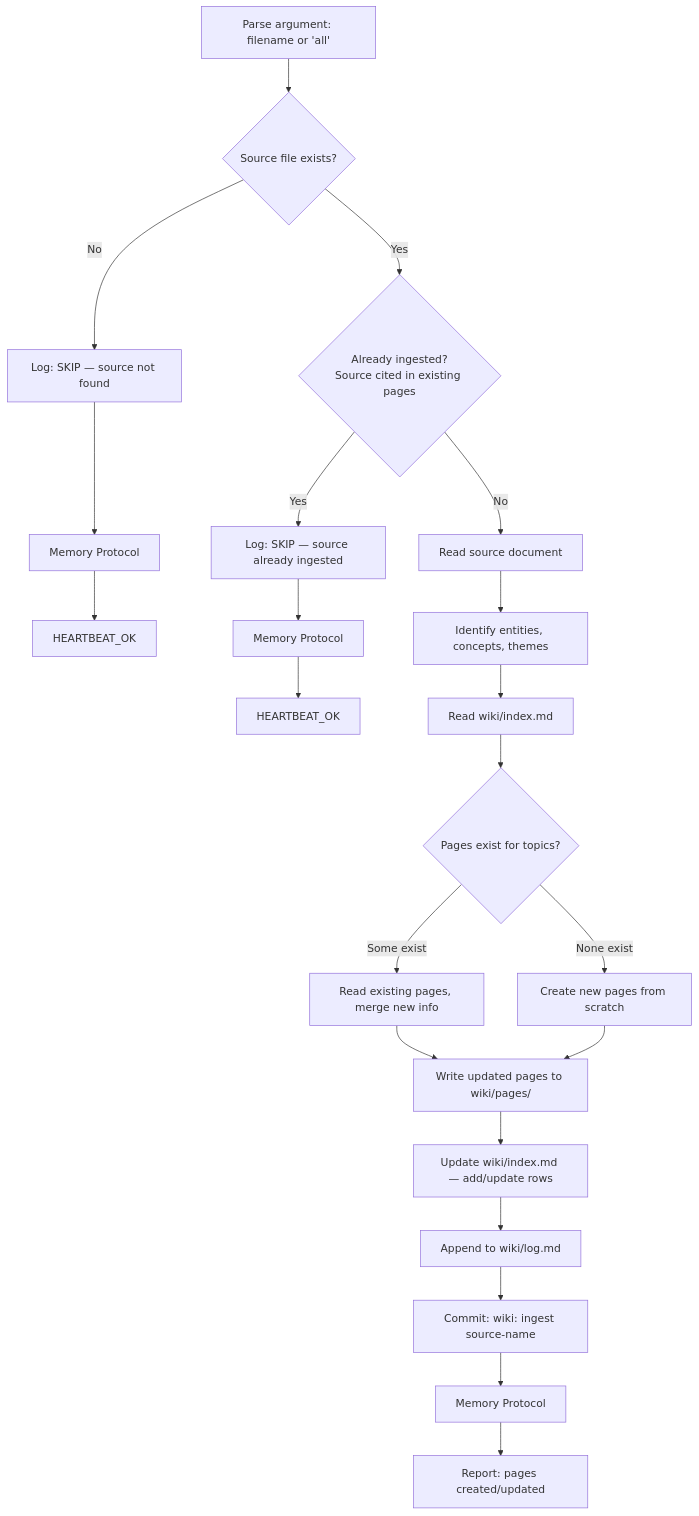
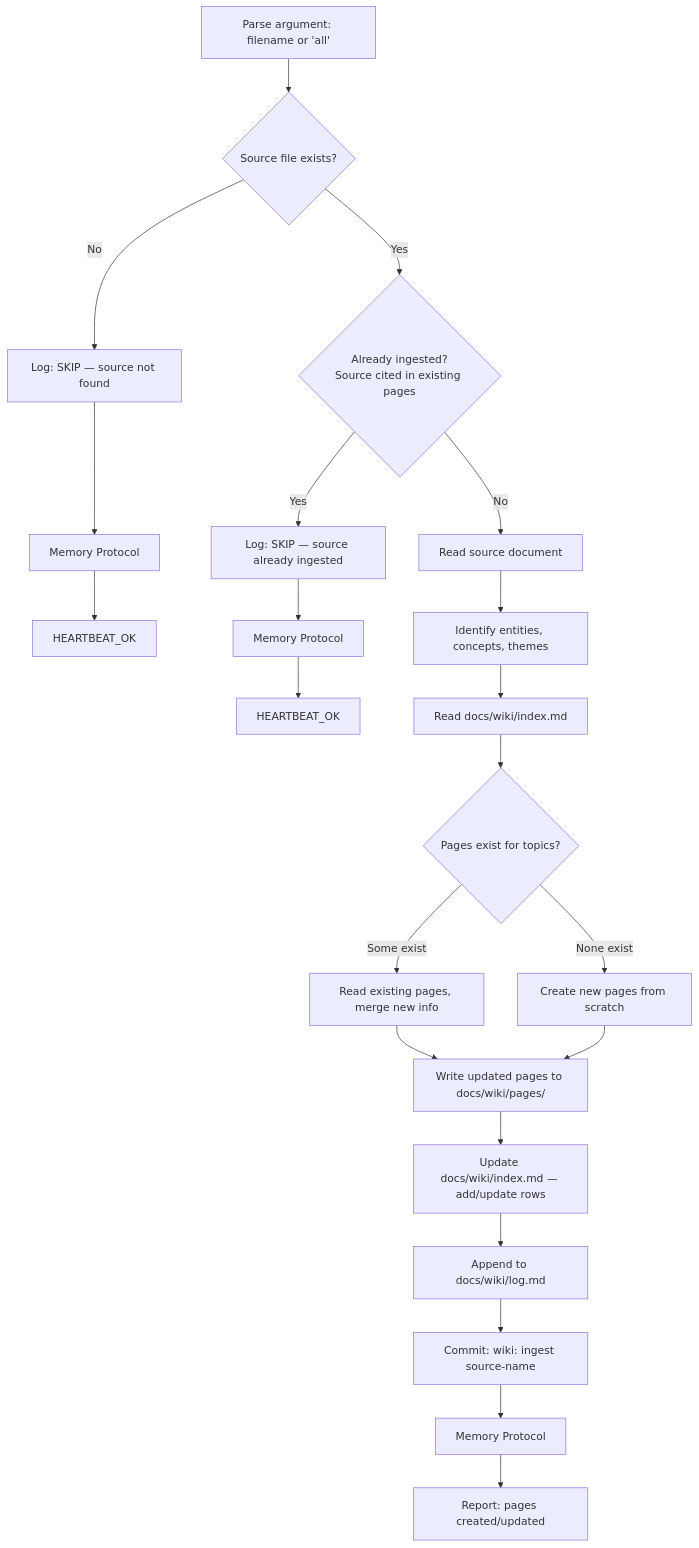
The diagram in workspace/.claude/skills/wiki-ingest/SKILL.md (ryaneggz/open-harness), drawn with Mermaid before and after one commit. The commit also changed other lines of this file and 188 other files, not shown here.

````diff
--- a/workspace/.claude/skills/wiki-ingest/SKILL.md
+++ b/workspace/.claude/skills/wiki-ingest/SKILL.md
@@ -20,28 +20,28 @@
 ```mermaid
 flowchart TD
     A["Parse argument: filename or 'all'"] --> B{Source file exists?}
     B -->|No| SKIP["Log: SKIP — source not found"]
     SKIP --> MEM_SKIP[Memory Protocol]
     MEM_SKIP --> Z_SKIP[HEARTBEAT_OK]
 
     B -->|Yes| C{Already ingested?<br>Source cited in existing pages}
     C -->|Yes| DUP["Log: SKIP — source already ingested"]
     DUP --> MEM_DUP[Memory Protocol]
     MEM_DUP --> Z_DUP[HEARTBEAT_OK]
 
     C -->|No| D[Read source document]
     D --> E[Identify entities, concepts, themes]
-    E --> F[Read wiki/index.md]
+    E --> F[Read docs/wiki/index.md]
     F --> G{Pages exist for topics?}
 
     G -->|Some exist| H[Read existing pages, merge new info]
     G -->|None exist| I[Create new pages from scratch]
-    H --> J[Write updated pages to wiki/pages/]
+    H --> J[Write updated pages to docs/wiki/pages/]
     I --> J
 
-    J --> K[Update wiki/index.md — add/update rows]
-    K --> L[Append to wiki/log.md]
+    J --> K[Update docs/wiki/index.md — add/update rows]
+    K --> L[Append to docs/wiki/log.md]
     L --> M["Commit: wiki: ingest source-name"]
     M --> MEM_OP[Memory Protocol]
     MEM_OP --> Z_OP["Report: pages created/updated"]
 ```
````
